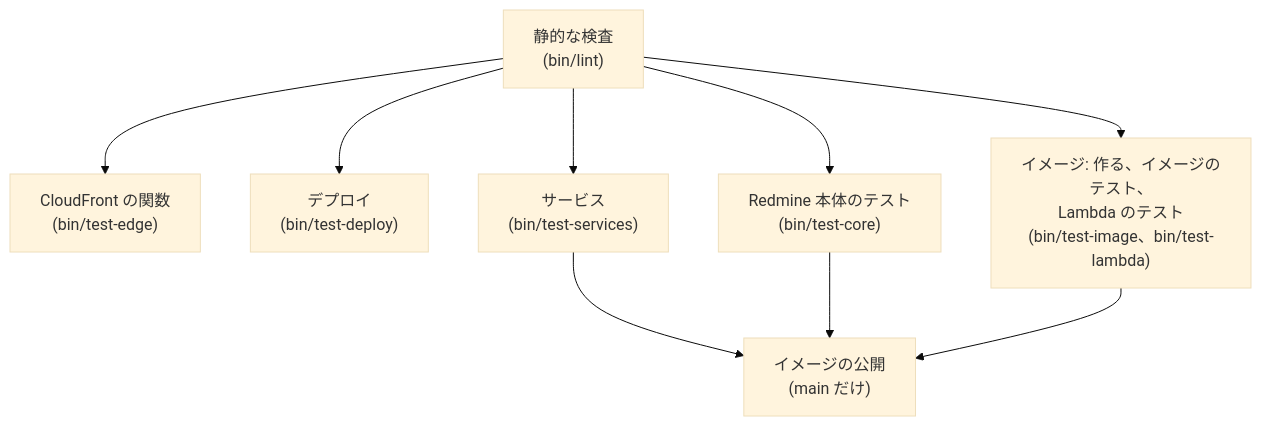
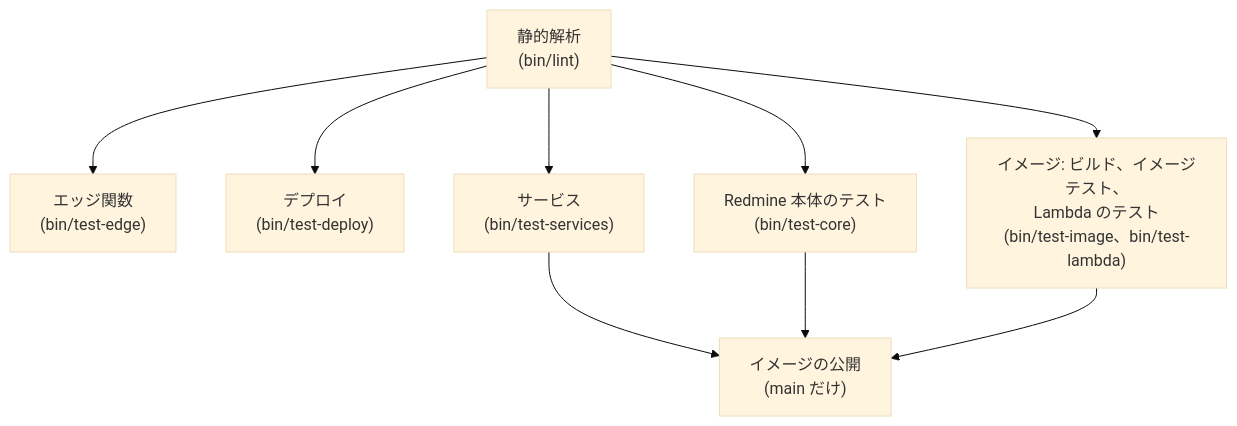
One commit to redmine-kit/serverless changed the diagram in docs/ja/testing.md. Above: the diagram before and after it, drawn with Mermaid (base theme). The commit also changed other lines of this file and 19 other files, not shown here.

````diff
--- a/docs/ja/testing.md
+++ b/docs/ja/testing.md
@@ -293,11 +293,11 @@
 ```mermaid
 flowchart TD
-  a["静的な検査<br>(bin/lint)"] --> e["CloudFront の関数<br>(bin/test-edge)"]
+  a["静的解析<br>(bin/lint)"] --> e["エッジ関数<br>(bin/test-edge)"]
   a --> d["デプロイ<br>(bin/test-deploy)"]
   a --> s["サービス<br>(bin/test-services)"]
   a --> c["Redmine 本体のテスト<br>(bin/test-core)"]
-  a --> i["イメージ: 作る、イメージのテスト、<br>Lambda のテスト<br>(bin/test-image、bin/test-lambda)"]
+  a --> i["イメージ: ビルド、イメージテスト、<br>Lambda のテスト<br>(bin/test-image、bin/test-lambda)"]
   s --> p["イメージの公開<br>(main だけ)"]
   c --> p
   i --> p
 ```
````
